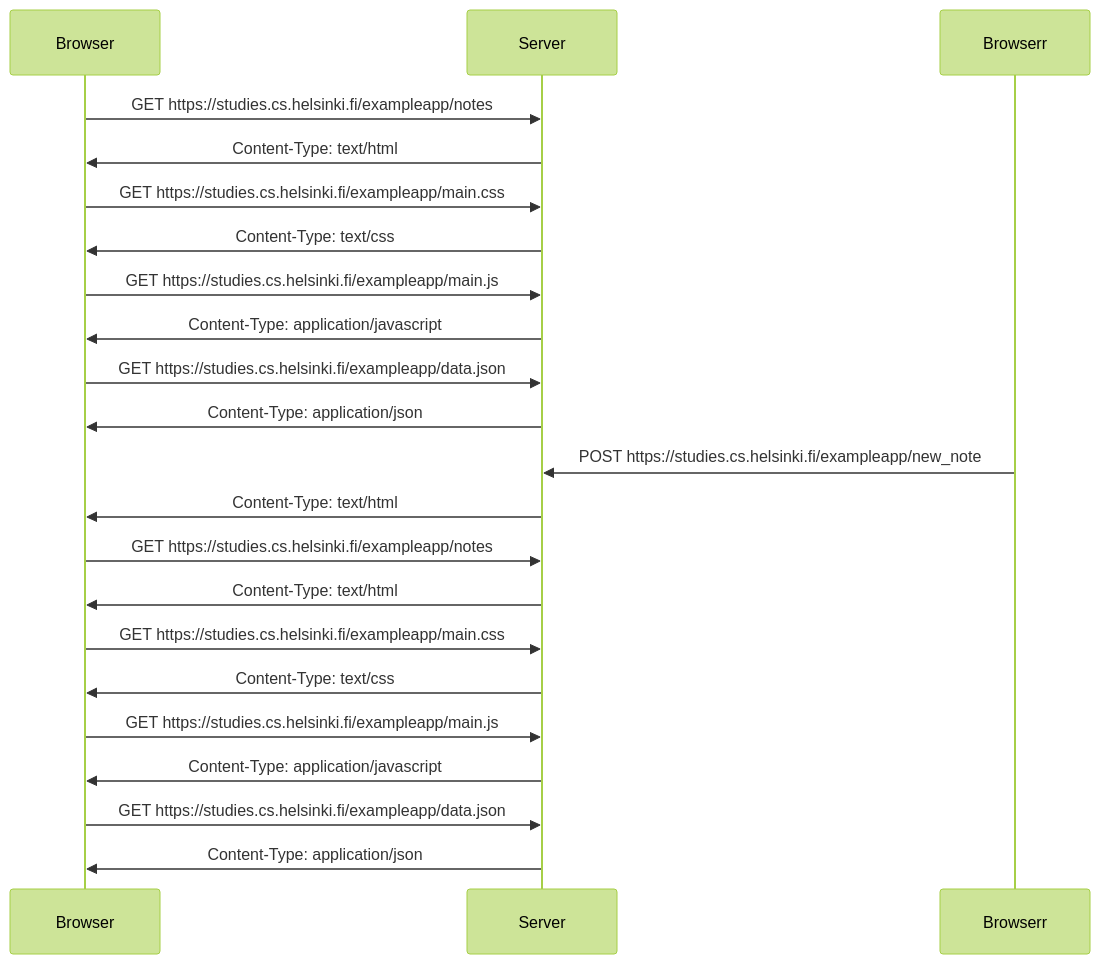
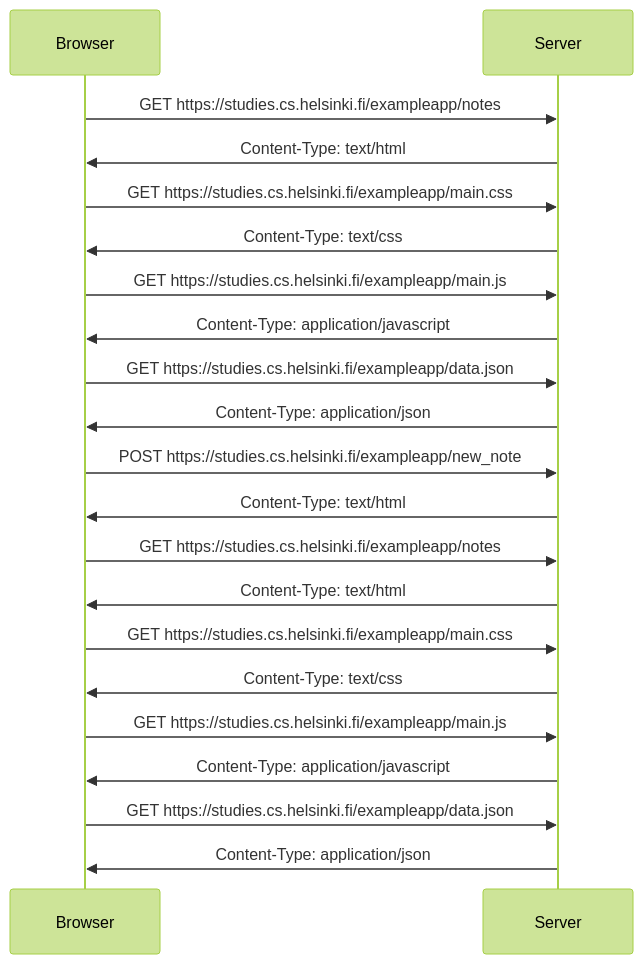
One commit to PitsMB/full-stack-open changed the diagram in part 0/exercise4.md. Above: the diagram before and after it, drawn with Mermaid (forest theme).

Commit message:
diagram for exercise 0.4

````diff
--- a/part 0/exercise4.md
+++ b/part 0/exercise4.md
@@ -1,23 +1,23 @@
 ```mermaid
 sequenceDiagram
     participant Browser
     participant Server
     Browser->>Server: GET https://studies.cs.helsinki.fi/exampleapp/notes
     Server->>Browser: Content-Type: text/html
     Browser->>Server: GET https://studies.cs.helsinki.fi/exampleapp/main.css
     Server->>Browser: Content-Type: text/css
     Browser->>Server: GET https://studies.cs.helsinki.fi/exampleapp/main.js
     Server->>Browser: Content-Type: application/javascript
     Browser->>Server: GET https://studies.cs.helsinki.fi/exampleapp/data.json
     Server->>Browser: Content-Type: application/json
-    Browserr->>Server: POST https://studies.cs.helsinki.fi/exampleapp/new_note
+    Browser->>Server: POST https://studies.cs.helsinki.fi/exampleapp/new_note
     Server->>Browser: Content-Type: text/html
     Browser->>Server: GET https://studies.cs.helsinki.fi/exampleapp/notes
     Server->>Browser: Content-Type: text/html
     Browser->>Server: GET https://studies.cs.helsinki.fi/exampleapp/main.css
     Server->>Browser: Content-Type: text/css
     Browser->>Server: GET https://studies.cs.helsinki.fi/exampleapp/main.js
     Server->>Browser: Content-Type: application/javascript
     Browser->>Server: GET https://studies.cs.helsinki.fi/exampleapp/data.json
     Server->>Browser: Content-Type: application/json
 ```
````
